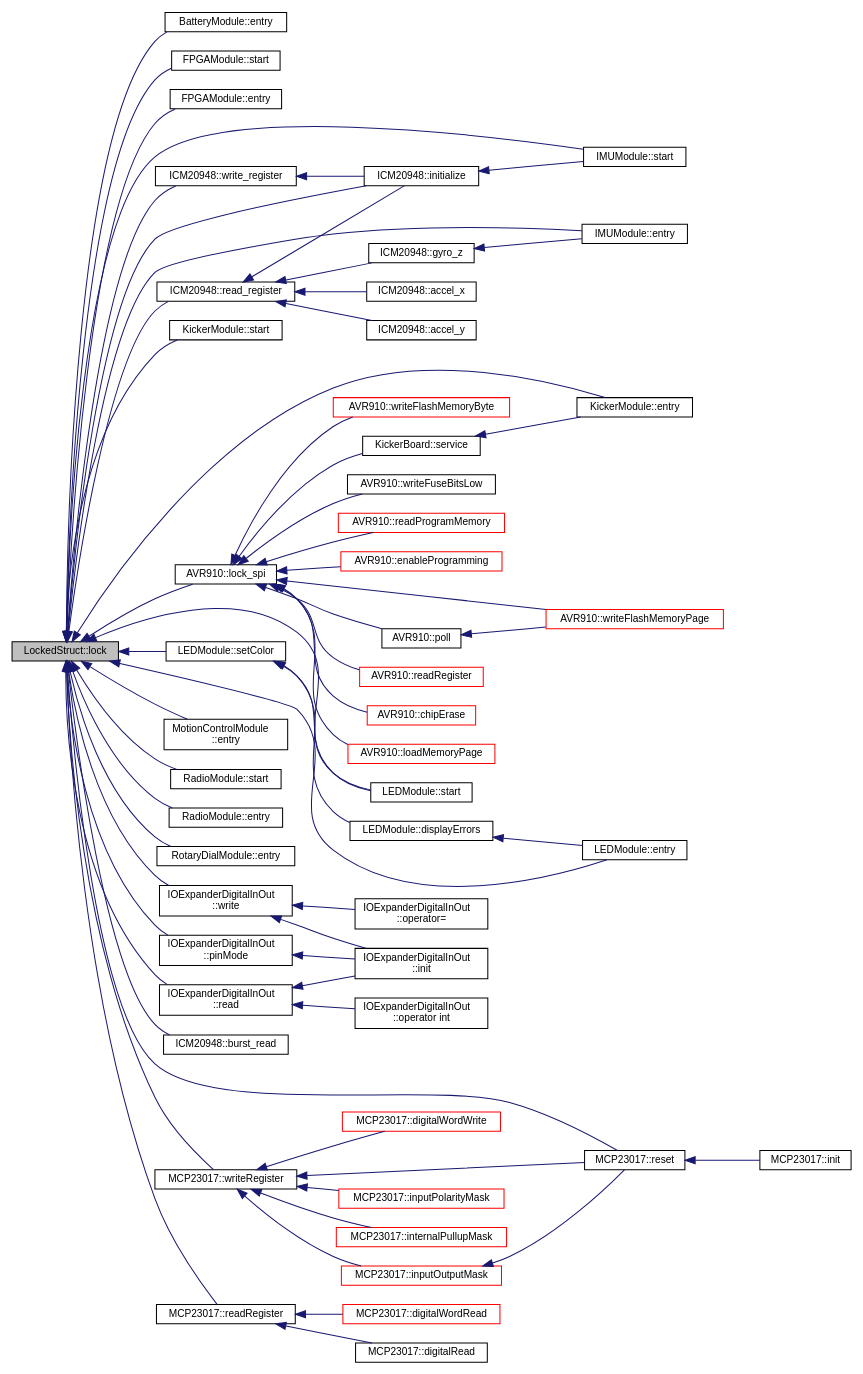
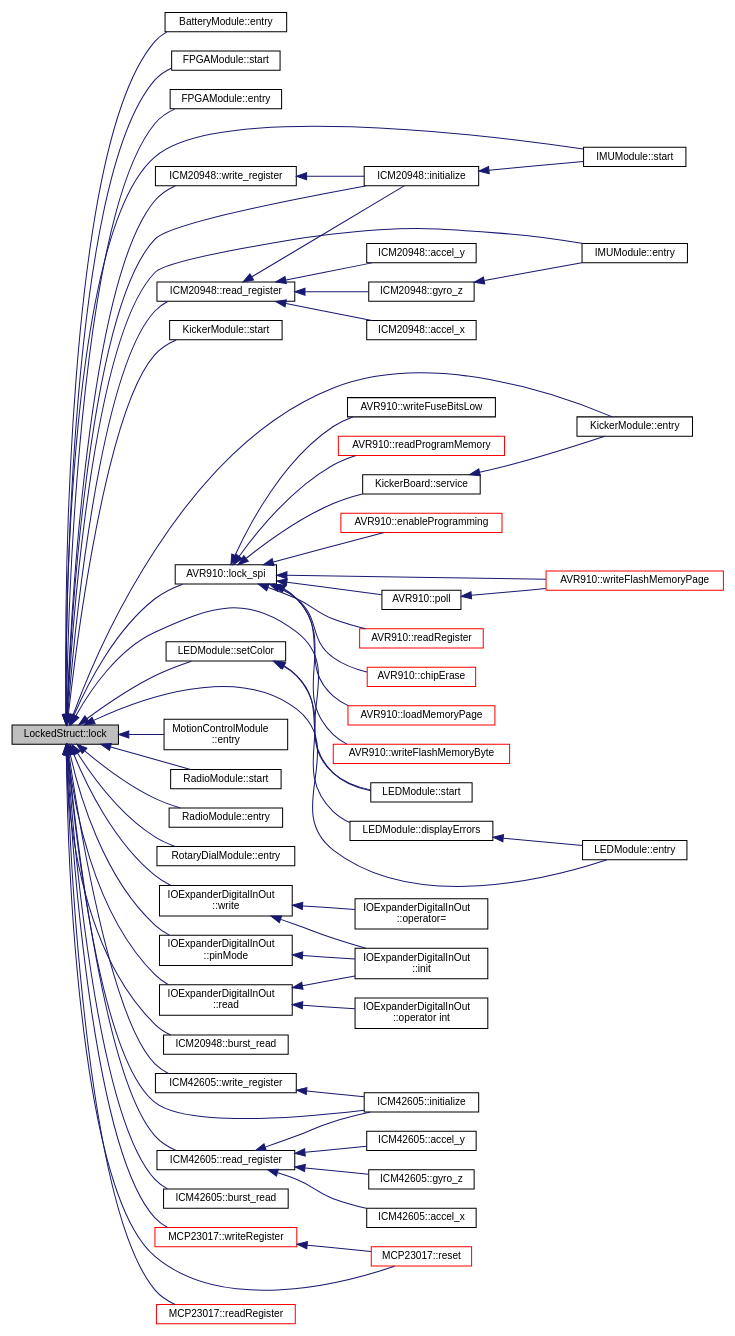
One commit to RoboJackets/robocup-firmware changed the diagram in struct_locked_struct_aa207b98a1cd6c569a96e7d1d5565478f_icgraph.dot. Above: the diagram before and after it, drawn with Graphviz. The commit also changed 690 other files, not shown here.

```diff
--- a/struct_locked_struct_aa207b98a1cd6c569a96e7d1d5565478f_icgraph.dot
+++ b/struct_locked_struct_aa207b98a1cd6c569a96e7d1d5565478f_icgraph.dot
@@ -93,25 +93,26 @@
   Node12 -> Node59 [dir="back",color="midnightblue",fontsize="10",style="solid",fontname="Helvetica"];
   Node59 [label="ICM20948::burst_read",height=0.2,width=0.4,color="black", fillcolor="white", style="filled",URL="$class_i_c_m20948.html#ac8c5da0bf5f0dd69d2b08e89705e536f"];
   Node12 -> Node60 [dir="back",color="midnightblue",fontsize="10",style="solid",fontname="Helvetica"];
-  Node60 [label="MCP23017::reset",height=0.2,width=0.4,color="black", fillcolor="white", style="filled",URL="$class_m_c_p23017.html#a8e108f5da7099d11e6916e0badc133c0",tooltip="Reset MCP23017 device to its power-on state. "];
-  Node60 -> Node61 [dir="back",color="midnightblue",fontsize="10",style="solid",fontname="Helvetica"];
-  Node61 [label="MCP23017::init",height=0.2,width=0.4,color="black", fillcolor="white", style="filled",URL="$class_m_c_p23017.html#ad4c300620b841f0ab9b3f7e11b88314c",tooltip="Initialize the device. "];
+  Node60 [label="ICM42605::initialize",height=0.2,width=0.4,color="black", fillcolor="white", style="filled",URL="$class_i_c_m42605.html#a4a1ddbbdd8501d770ddb3259e396f039"];
+  Node12 -> Node61 [dir="back",color="midnightblue",fontsize="10",style="solid",fontname="Helvetica"];
+  Node61 [label="ICM42605::write_register",height=0.2,width=0.4,color="black", fillcolor="white", style="filled",URL="$class_i_c_m42605.html#ab48292e5f0f5c625ba1e147aaf4011ea"];
+  Node61 -> Node60 [dir="back",color="midnightblue",fontsize="10",style="solid",fontname="Helvetica"];
   Node12 -> Node62 [dir="back",color="midnightblue",fontsize="10",style="solid",fontname="Helvetica"];
-  Node62 [label="MCP23017::writeRegister",height=0.2,width=0.4,color="black", fillcolor="white", style="filled",URL="$class_m_c_p23017.html#ab7e0f3b57f9eee9988689643f59b67d3"];
+  Node62 [label="ICM42605::read_register",height=0.2,width=0.4,color="black", fillcolor="white", style="filled",URL="$class_i_c_m42605.html#a322e8ae9250c3cbde395269f2e1d6ecb"];
   Node62 -> Node60 [dir="back",color="midnightblue",fontsize="10",style="solid",fontname="Helvetica"];
   Node62 -> Node63 [dir="back",color="midnightblue",fontsize="10",style="solid",fontname="Helvetica"];
-  Node63 [label="MCP23017::digitalWordWrite",height=0.2,width=0.4,color="red", fillcolor="white", style="filled",URL="$class_m_c_p23017.html#a1422a52e107cc99ec72f9069979e1807"];
-  Node62 -> Node67 [dir="back",color="midnightblue",fontsize="10",style="solid",fontname="Helvetica"];
-  Node67 [label="MCP23017::inputPolarityMask",height=0.2,width=0.4,color="red", fillcolor="white", style="filled",URL="$class_m_c_p23017.html#a7fa7c9f00e4fad5e767439fd9f7a690f"];
-  Node62 -> Node69 [dir="back",color="midnightblue",fontsize="10",style="solid",fontname="Helvetica"];
-  Node69 [label="MCP23017::inputOutputMask",height=0.2,width=0.4,color="red", fillcolor="white", style="filled",URL="$class_m_c_p23017.html#a67248b8a39c498bfd3b5f32496d1f78c"];
-  Node69 -> Node60 [dir="back",color="midnightblue",fontsize="10",style="solid",fontname="Helvetica"];
-  Node62 -> Node71 [dir="back",color="midnightblue",fontsize="10",style="solid",fontname="Helvetica"];
-  Node71 [label="MCP23017::internalPullupMask",height=0.2,width=0.4,color="red", fillcolor="white", style="filled",URL="$class_m_c_p23017.html#a167b866cd44e3389b1cc8315d547db95"];
-  Node12 -> Node72 [dir="back",color="midnightblue",fontsize="10",style="solid",fontname="Helvetica"];
-  Node72 [label="MCP23017::readRegister",height=0.2,width=0.4,color="black", fillcolor="white", style="filled",URL="$class_m_c_p23017.html#a369951f5ce7e9ae6a338bcf9cc9f10f6"];
-  Node72 -> Node73 [dir="back",color="midnightblue",fontsize="10",style="solid",fontname="Helvetica"];
-  Node73 [label="MCP23017::digitalRead",height=0.2,width=0.4,color="black", fillcolor="white", style="filled",URL="$class_m_c_p23017.html#af329a9def6704f71efa586687155bd26"];
-  Node72 -> Node74 [dir="back",color="midnightblue",fontsize="10",style="solid",fontname="Helvetica"];
-  Node74 [label="MCP23017::digitalWordRead",height=0.2,width=0.4,color="red", fillcolor="white", style="filled",URL="$class_m_c_p23017.html#abd2401da8537875428522c181ecd9769"];
+  Node63 [label="ICM42605::gyro_z",height=0.2,width=0.4,color="black", fillcolor="white", style="filled",URL="$class_i_c_m42605.html#ab43f16d2205c99c8a37070355406216c"];
+  Node62 -> Node64 [dir="back",color="midnightblue",fontsize="10",style="solid",fontname="Helvetica"];
+  Node64 [label="ICM42605::accel_x",height=0.2,width=0.4,color="black", fillcolor="white", style="filled",URL="$class_i_c_m42605.html#a267b83d3e0794bfa4f1e8f88a3dd1ff0"];
+  Node62 -> Node65 [dir="back",color="midnightblue",fontsize="10",style="solid",fontname="Helvetica"];
+  Node65 [label="ICM42605::accel_y",height=0.2,width=0.4,color="black", fillcolor="white", style="filled",URL="$class_i_c_m42605.html#ad94c46f395f8620d4ade80021a6e93c4"];
+  Node12 -> Node66 [dir="back",color="midnightblue",fontsize="10",style="solid",fontname="Helvetica"];
+  Node66 [label="ICM42605::burst_read",height=0.2,width=0.4,color="black", fillcolor="white", style="filled",URL="$class_i_c_m42605.html#aa596b121f991d899a369d18c827ef509"];
+  Node12 -> Node67 [dir="back",color="midnightblue",fontsize="10",style="solid",fontname="Helvetica"];
+  Node67 [label="MCP23017::reset",height=0.2,width=0.4,color="red", fillcolor="white", style="filled",URL="$class_m_c_p23017.html#a8e108f5da7099d11e6916e0badc133c0",tooltip="Reset MCP23017 device to its power-on state. "];
+  Node12 -> Node69 [dir="back",color="midnightblue",fontsize="10",style="solid",fontname="Helvetica"];
+  Node69 [label="MCP23017::writeRegister",height=0.2,width=0.4,color="red", fillcolor="white", style="filled",URL="$class_m_c_p23017.html#ab7e0f3b57f9eee9988689643f59b67d3"];
+  Node69 -> Node67 [dir="back",color="midnightblue",fontsize="10",style="solid",fontname="Helvetica"];
+  Node12 -> Node79 [dir="back",color="midnightblue",fontsize="10",style="solid",fontname="Helvetica"];
+  Node79 [label="MCP23017::readRegister",height=0.2,width=0.4,color="red", fillcolor="white", style="filled",URL="$class_m_c_p23017.html#a369951f5ce7e9ae6a338bcf9cc9f10f6"];
 }
```
